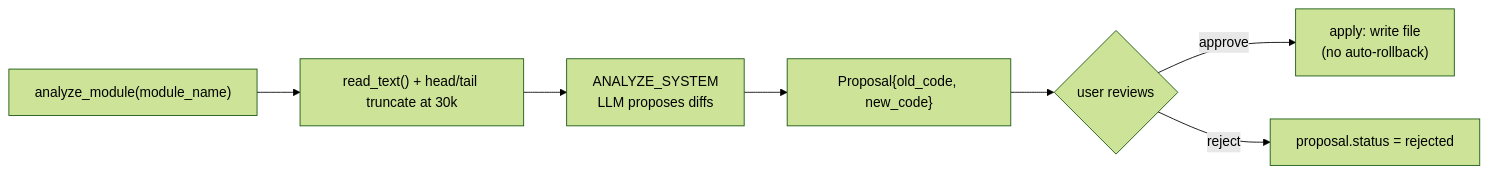
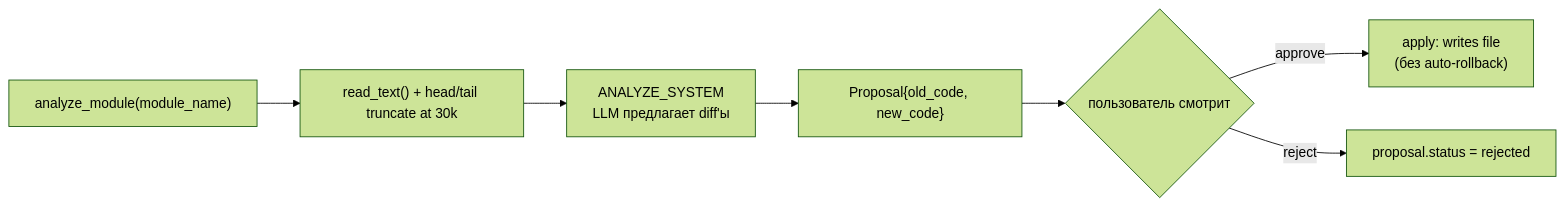
Diagram 12 of 12 in docs/architecture.md (gjaloyan/hrant), drawn with Mermaid (forest theme) before and after one commit. The commit also changed other lines of this file, not shown here.

First line of the commit message:
docs(architecture): translate to Russian

````diff
--- a/docs/architecture.md
+++ b/docs/architecture.md
@@ -503,13 +504,13 @@
 ```mermaid
 flowchart LR
     REQ["analyze_module(module_name)"]
     READ["read_text() + head/tail truncate at 30k"]
-    LLM["ANALYZE_SYSTEM<br/>LLM proposes diffs"]
+    LLM["ANALYZE_SYSTEM<br/>LLM предлагает diff'ы"]
     PROP["Proposal{old_code, new_code}"]
-    USR{"user reviews"}
-    APP["apply: write file<br/>(no auto-rollback)"]
+    USR{"пользователь смотрит"}
+    APP["apply: writes file<br/>(без auto-rollback)"]
     REJ["proposal.status = rejected"]
     REQ --> READ --> LLM --> PROP --> USR
     USR -->|"approve"| APP
     USR -->|"reject"| REJ
 ```
````
